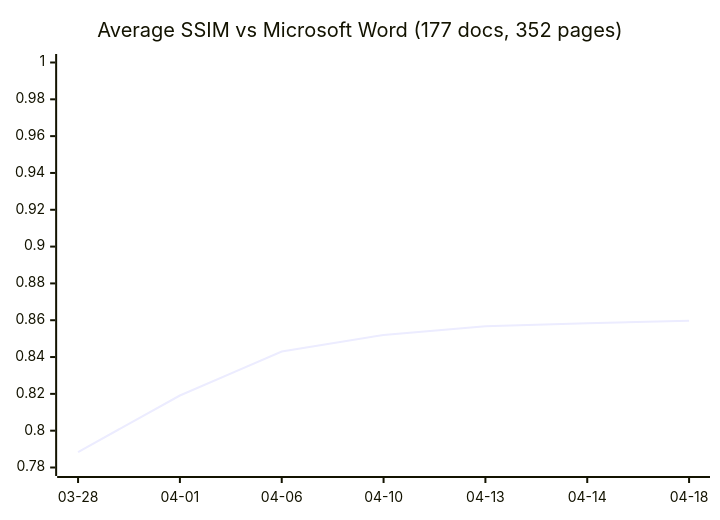
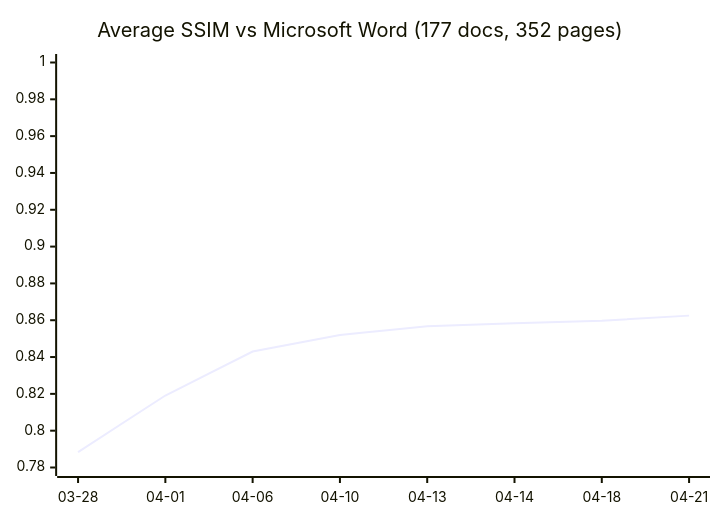
The diagram in README.md (Ryujiyasu/oxi), drawn with Mermaid before and after one commit. The commit also changed other lines of this file, not shown here.

Commit message:
docs(README): 2026-04-21 — avg SSIM 0.8625 / bottom-5 3.2451

````diff
--- a/README.md
+++ b/README.md
@@ -195,7 +195,7 @@
 ```mermaid
 xychart-beta
   title "Average SSIM vs Microsoft Word (177 docs, 352 pages)"
-  x-axis ["03-28", "04-01", "04-06", "04-10", "04-13", "04-14", "04-18"]
+  x-axis ["03-28", "04-01", "04-06", "04-10", "04-13", "04-14", "04-18", "04-21"]
   y-axis 0.78 --> 1.0
-  line [0.7884, 0.8191, 0.8430, 0.8520, 0.8567, 0.8584, 0.8597]
+  line [0.7884, 0.8191, 0.8430, 0.8520, 0.8567, 0.8584, 0.8597, 0.8625]
 ```
````
